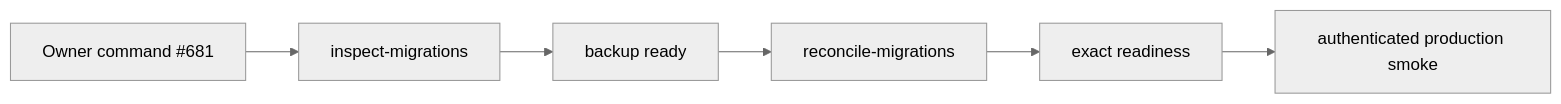
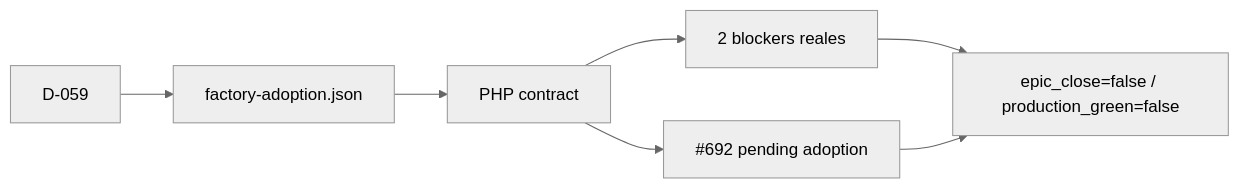
One commit to pl0n3r/brvtal changed the diagram in README.md. Above: the diagram before and after it, drawn with Mermaid (neutral theme). The commit also changed other lines of this file and 4 other files, not shown here.

````diff
--- a/README.md
+++ b/README.md
@@ -52,8 +52,9 @@
 ```mermaid
 flowchart LR
-  O["Owner command #681"] --> I["inspect-migrations"]
-  I --> B["backup ready"]
-  B --> R["reconcile-migrations"]
-  R --> H["exact readiness"]
-  H --> S["authenticated production smoke"]
+  D["D-059"] --> S["factory-adoption.json"]
+  S --> C["PHP contract"]
+  C --> B["2 blockers reales"]
+  C --> P["#692 pending adoption"]
+  B --> G["epic_close=false / production_green=false"]
+  P --> G
 ```
````
